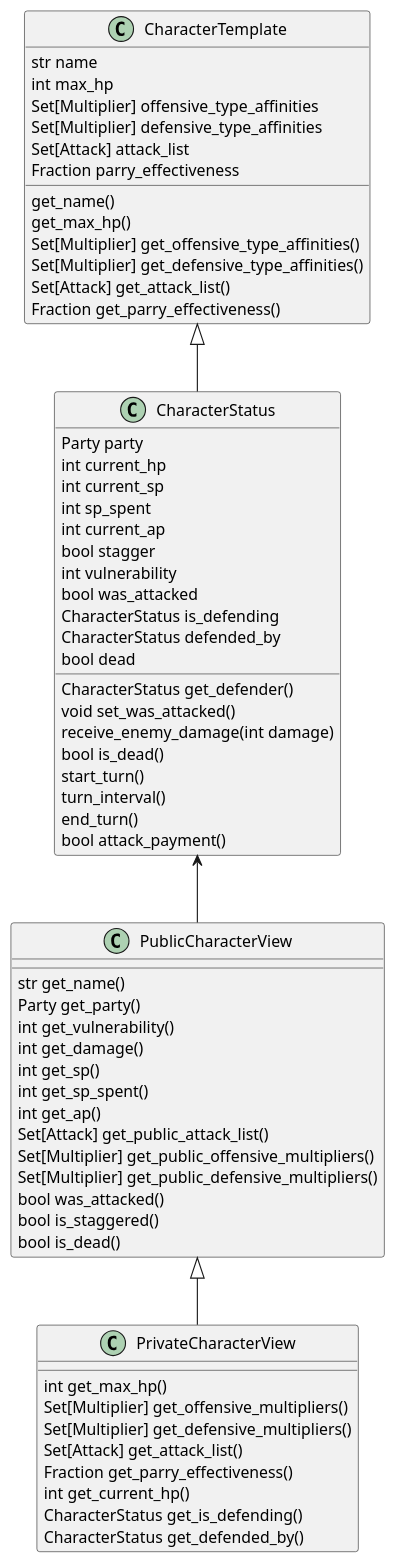
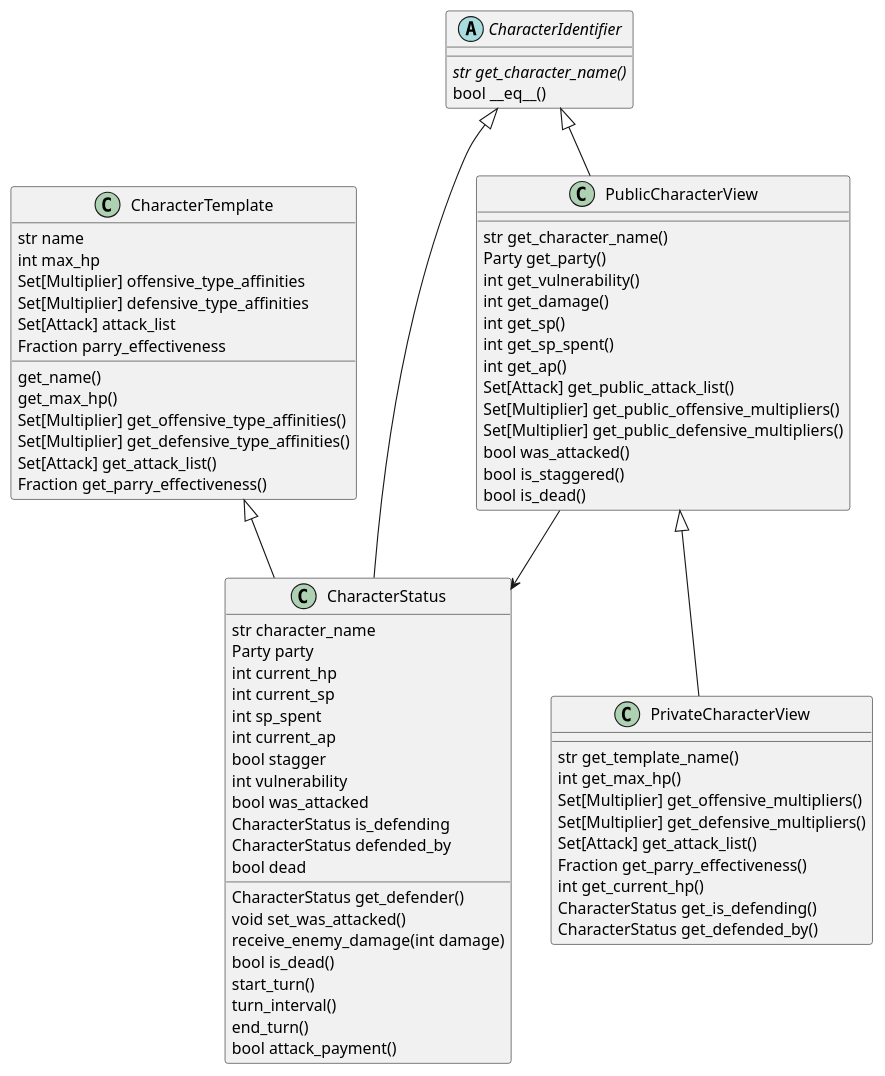
The diagram in docs/character_views.puml (unfallible/jrpg_engine_experiment), drawn with PlantUML before and after one commit. The commit also changed 4 other files, not shown here.

```diff
--- a/docs/character_views.puml
+++ b/docs/character_views.puml
@@ -1,69 +1,79 @@
 @startuml
 class CharacterTemplate {
     str name
     int max_hp
     Set[Multiplier] offensive_type_affinities
     Set[Multiplier] defensive_type_affinities
     Set[Attack] attack_list
     Fraction parry_effectiveness
     get_name()
     get_max_hp()
     Set[Multiplier] get_offensive_type_affinities()
     Set[Multiplier] get_defensive_type_affinities()
     Set[Attack] get_attack_list()
     Fraction get_parry_effectiveness()
 }
+
+abstract class CharacterIdentifier {
+    {abstract} str get_character_name()
+    bool __eq__()
+}
+
 class CharacterStatus {
+    str character_name
 	Party party
 	int current_hp
 	int current_sp
 	int sp_spent
 	int current_ap
 	bool stagger
 	int vulnerability
 	bool was_attacked
 	CharacterStatus is_defending
 	CharacterStatus defended_by
 	bool dead
 	CharacterStatus get_defender()
 	void set_was_attacked()
 	receive_enemy_damage(int damage)
 	bool is_dead()
 	start_turn()
 	turn_interval()
 	end_turn()
 	bool attack_payment()
 }
 
 class PublicCharacterView {
-    str get_name()
+    str get_character_name()
     Party get_party()
     int get_vulnerability()
     int get_damage()
     int get_sp()
     int get_sp_spent()
     int get_ap()
     Set[Attack] get_public_attack_list()
     Set[Multiplier] get_public_offensive_multipliers()
     Set[Multiplier] get_public_defensive_multipliers()
     bool was_attacked()
     bool is_staggered()
     bool is_dead()
 }
 
 class PrivateCharacterView {
+    str get_template_name()
     int get_max_hp()
     Set[Multiplier] get_offensive_multipliers()
     Set[Multiplier] get_defensive_multipliers()
     Set[Attack] get_attack_list()
     Fraction get_parry_effectiveness()
     int get_current_hp()
     CharacterStatus get_is_defending()
     CharacterStatus get_defended_by()
 }
 
+CharacterIdentifier <|-- CharacterStatus
+CharacterIdentifier <|-- PublicCharacterView
 CharacterTemplate <|-- CharacterStatus
-CharacterStatus <-- PublicCharacterView
+PublicCharacterView --> CharacterStatus
 PublicCharacterView <|-- PrivateCharacterView
 
 @enduml
```
